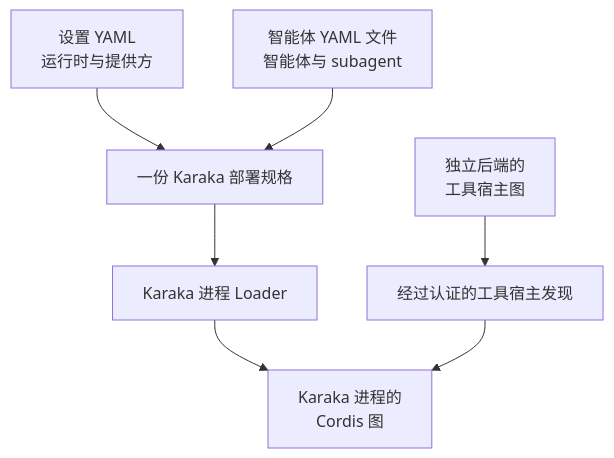
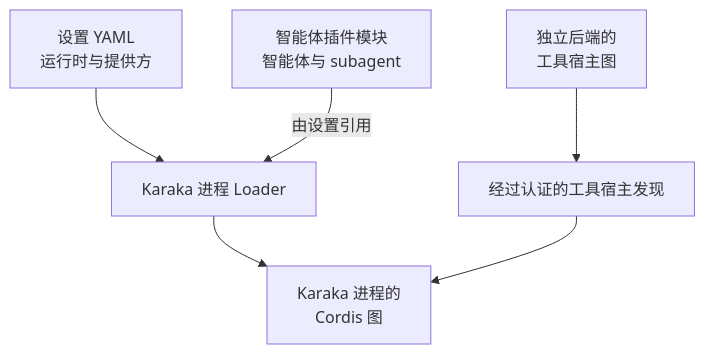
One commit to karaka-ai/karaka changed the first of 6 diagrams in docs/architecture.zh.md. Above: the diagram before and after it, drawn with Mermaid. The commit also changed other lines of this file and 11 other files, not shown here.

````diff
--- a/docs/architecture.zh.md
+++ b/docs/architecture.zh.md
@@ -28,17 +25,15 @@
 ```mermaid
 flowchart TB
   Setup["设置 YAML<br/>运行时与提供方"]
-  Agents["智能体 YAML 文件<br/>智能体与 subagent"]
-  Spec["一份 Karaka 部署规格"]
+  Agents["智能体插件模块<br/>智能体与 subagent"]
   AgentLoader["Karaka 进程 Loader"]
   AgentGraph["Karaka 进程的<br/>Cordis 图"]
   Discovery["经过认证的工具宿主发现"]
   ServiceGraphs["独立后端的<br/>工具宿主图"]
 
-  Setup --> Spec
-  Agents --> Spec
-  Spec --> AgentLoader
+  Setup --> AgentLoader
+  Agents -->|由设置引用| AgentLoader
   AgentLoader --> AgentGraph
   ServiceGraphs --> Discovery
   Discovery --> AgentGraph
 ```
````
